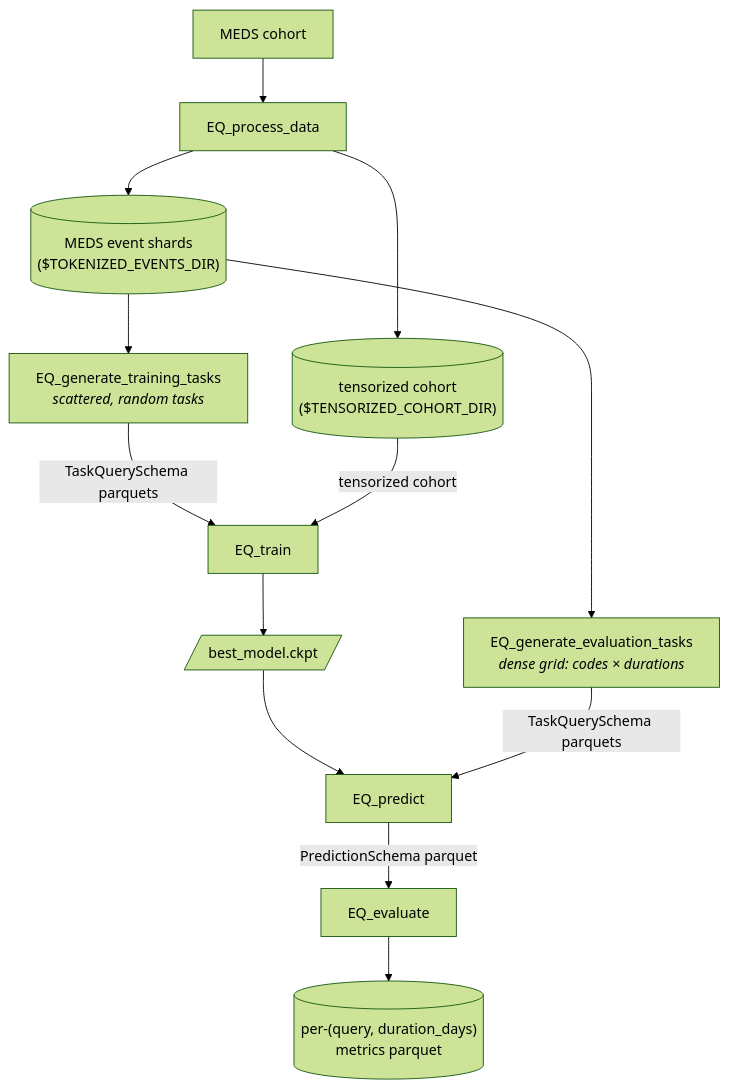
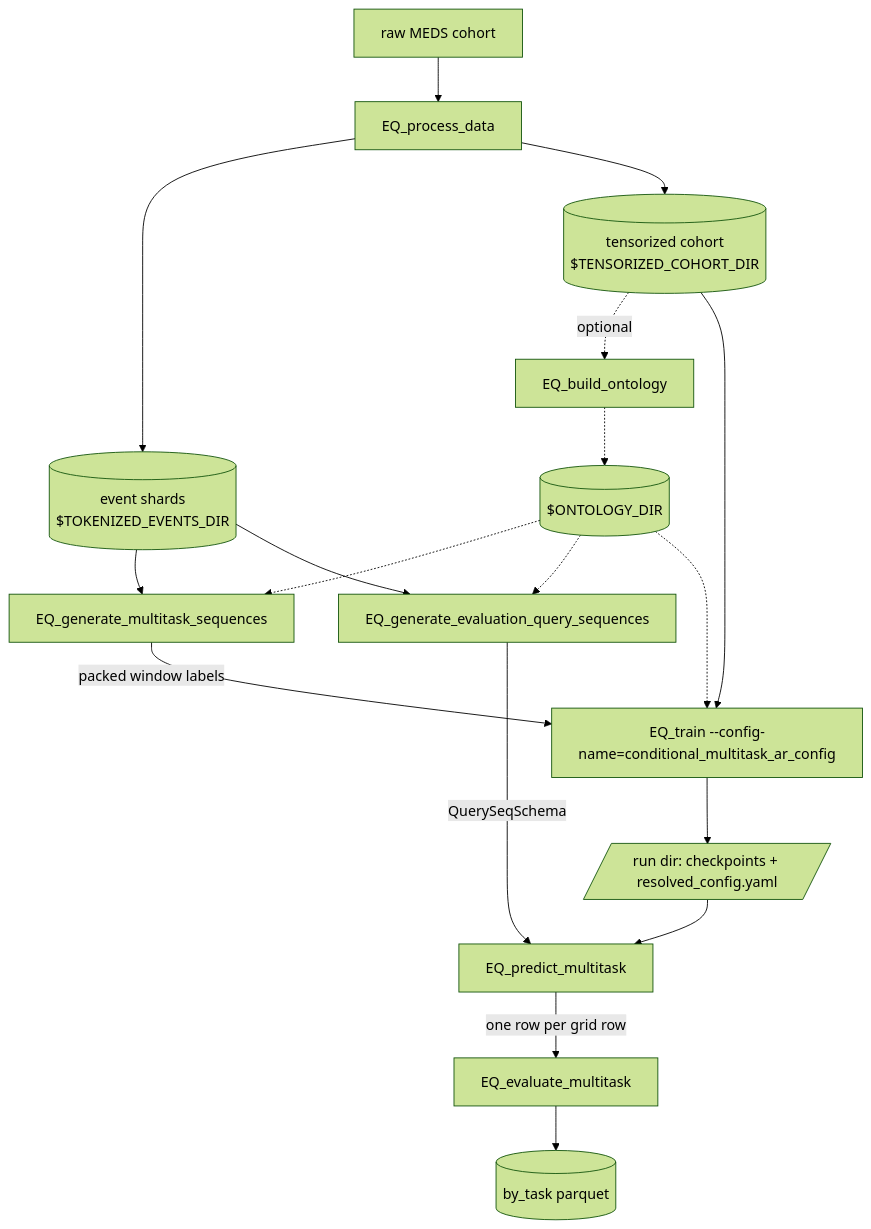
The first of 2 diagrams in README.md (payalchandak/EveryQuery), drawn with Mermaid (forest theme) before and after one commit. The commit also changed other lines of this file and 106 other files, not shown here.

First line of the commit message:
Reintegrate EveryQuery-conditional: EQ-multitask conditional query model (#313)

````diff
--- a/README.md
+++ b/README.md
@@ -75,19 +63,23 @@
 ```mermaid
 flowchart TD
-    meds[MEDS cohort] --> process[EQ_process_data]
-    process --> intermediate[("MEDS event shards<br/>($TOKENIZED_EVENTS_DIR)")]
-    process --> cohort[("tensorized cohort<br/>($TENSORIZED_COHORT_DIR)")]
+    meds[raw MEDS cohort] --> process[EQ_process_data]
+    process --> events[("event shards<br/>$TOKENIZED_EVENTS_DIR")]
+    process --> cohort[("tensorized cohort<br/>$TENSORIZED_COHORT_DIR")]
+    cohort -. optional .-> onto[EQ_build_ontology]
+    onto -.-> ontodir[("$ONTOLOGY_DIR")]
 
-    intermediate --> train_tasks[EQ_generate_training_tasks<br/><i>scattered, random tasks</i>]
-    intermediate --> eval_tasks[EQ_generate_evaluation_tasks<br/><i>dense grid: codes × durations</i>]
+    events --> gen[EQ_generate_multitask_sequences]
+    events --> geneval[EQ_generate_evaluation_query_sequences]
+    ontodir -.-> gen
+    ontodir -.-> geneval
 
-    train_tasks -- TaskQuerySchema parquets --> train[EQ_train]
-    cohort -- tensorized cohort --> train
-    train --> ckpt[/best_model.ckpt/]
+    gen -- "packed window labels" --> train["EQ_train --config-name=conditional_multitask_ar_config"]
+    cohort --> train
+    ontodir -.-> train
+    train --> ckpt[/run dir: checkpoints + resolved_config.yaml/]
 
-    ckpt --> predict[EQ_predict]
-    eval_tasks -- TaskQuerySchema parquets --> predict
-
-    predict -- PredictionSchema parquet --> evaluate[EQ_evaluate]
-    evaluate --> metrics[("per-(query, duration_days)<br/>metrics parquet")]
+    ckpt --> predict[EQ_predict_multitask]
+    geneval -- QuerySeqSchema --> predict
+    predict -- "one row per grid row" --> evaluate[EQ_evaluate_multitask]
+    evaluate --> metrics[("by_task parquet")]
 ```
````
